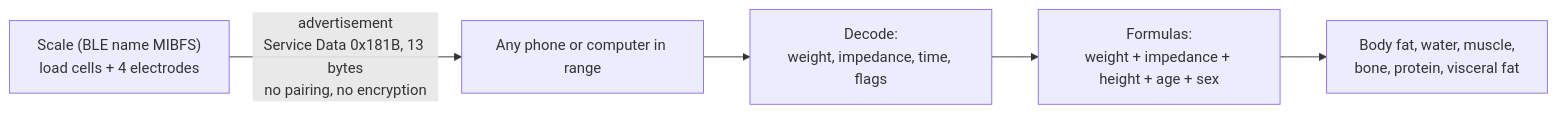
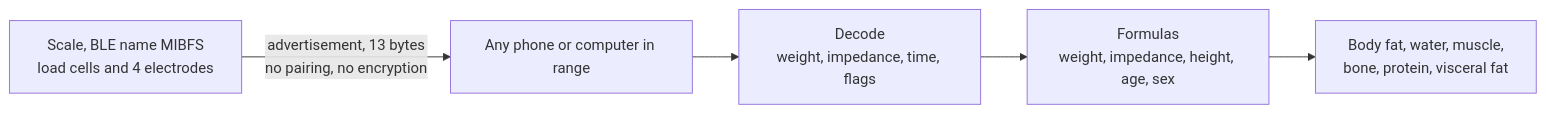
The diagram in README.md (skfallin/OpenScale), drawn with Mermaid before and after one commit.

Commit message:
README: simpler system diagram

````diff
--- a/README.md
+++ b/README.md
@@ -29,7 +29,12 @@
 ```mermaid
 flowchart LR
-    S["Scale (BLE name MIBFS)<br>load cells + 4 electrodes"] -- "advertisement<br>Service Data 0x181B, 13 bytes<br>no pairing, no encryption" --> P["Any phone or computer in range"]
-    P --> D["Decode:<br>weight, impedance, time, flags"]
-    D --> F["Formulas:<br>weight + impedance + height + age + sex"]
-    F --> R["Body fat, water, muscle,<br>bone, protein, visceral fat"]
+    S["Scale, BLE name MIBFS<br/>load cells and 4 electrodes"]
+    P["Any phone or computer in range"]
+    D["Decode<br/>weight, impedance, time, flags"]
+    F["Formulas<br/>weight, impedance, height, age, sex"]
+    R["Body fat, water, muscle,<br/>bone, protein, visceral fat"]
+    S -->|"advertisement, 13 bytes<br/>no pairing, no encryption"| P
+    P --> D
+    D --> F
+    F --> R
 ```
````
